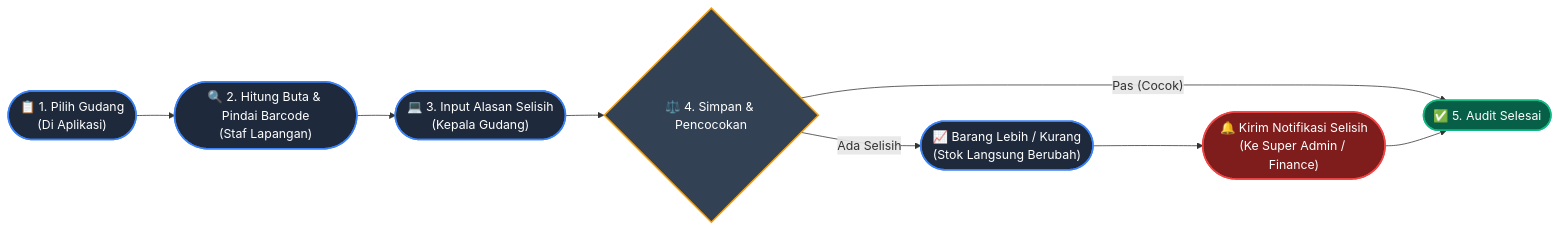
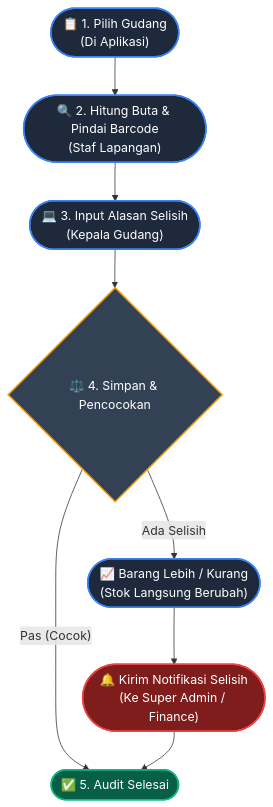
The diagram in resources/docs/alur-opname-gudang.md (Agung-laksono/final), drawn with Mermaid before and after one commit. The commit also changed 8 other files, not shown here.

Commit message:
feat: add comprehensive system documentation for operational flows and organizational structure

````diff
--- a/resources/docs/alur-opname-gudang.md
+++ b/resources/docs/alur-opname-gudang.md
@@ -7,29 +7,29 @@
 ```mermaid
-graph LR
+graph TD
     classDef step fill:#1e293b,stroke:#3b82f6,stroke-width:2px,color:#fff
     classDef decision fill:#334155,stroke:#f59e0b,stroke-width:2px,color:#fff
     classDef done fill:#065f46,stroke:#10b981,stroke-width:2px,color:#fff
     classDef warning fill:#7f1d1d,stroke:#ef4444,stroke-width:2px,color:#fff
 
     A(["📋 1. Pilih Gudang<br>(Di Aplikasi)"]):::step
     C(["🔍 2. Hitung Buta & Pindai Barcode<br>(Staf Lapangan)"]):::step
     D(["💻 3. Input Alasan Selisih<br>(Kepala Gudang)"]):::step
     E{"⚖️ 4. Simpan & Pencocokan"}:::decision
     
     F(["📈 Barang Lebih / Kurang<br>(Stok Langsung Berubah)"]):::step
     G(["🔔 Kirim Notifikasi Selisih<br>(Ke Super Admin / Finance)"]):::warning
     I(["✅ 5. Audit Selesai"]):::done
 
     %% Alur Utama
     A --> C
     C --> D
     D --> E
     
     %% Alur Keputusan
     E -- "Pas (Cocok)" --> I
     E -- "Ada Selisih" --> F
     
     %% Resolusi
     F --> G
     G --> I
 ```
````
